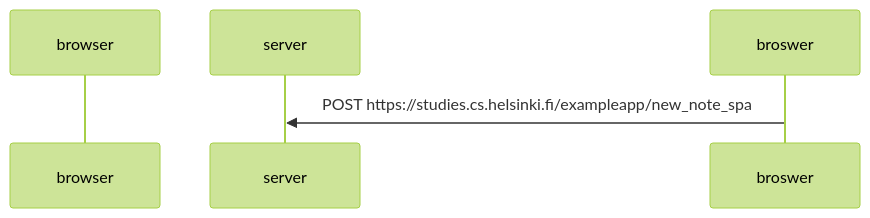
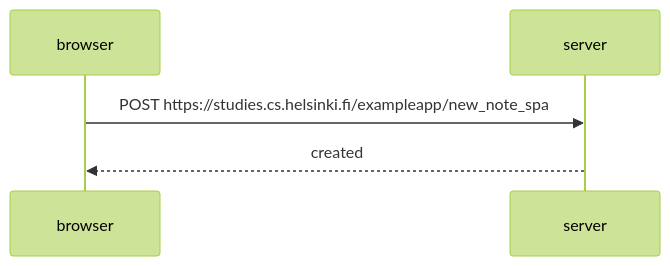
One commit to githubwelho/fullstack-osa0 changed the diagram in 0.5: Single Page App.md. Above: the diagram before and after it, drawn with Mermaid (forest theme).

Commit message:
Update 0.5: Single Page App.md

````diff
--- a/0.5: Single Page App.md
+++ b/0.5: Single Page App.md
@@ -1,7 +1,9 @@
 ```mermaid
-  sequenceDiagram
-    participant browser
-    participant server
-    broswer->>server: POST https://studies.cs.helsinki.fi/exampleapp/new_note_spa
+    sequenceDiagram
+        participant browser
+        participant server
+
+        browser->>server: POST https://studies.cs.helsinki.fi/exampleapp/new_note_spa
+        server-->>browser: created
 
 ```
````
